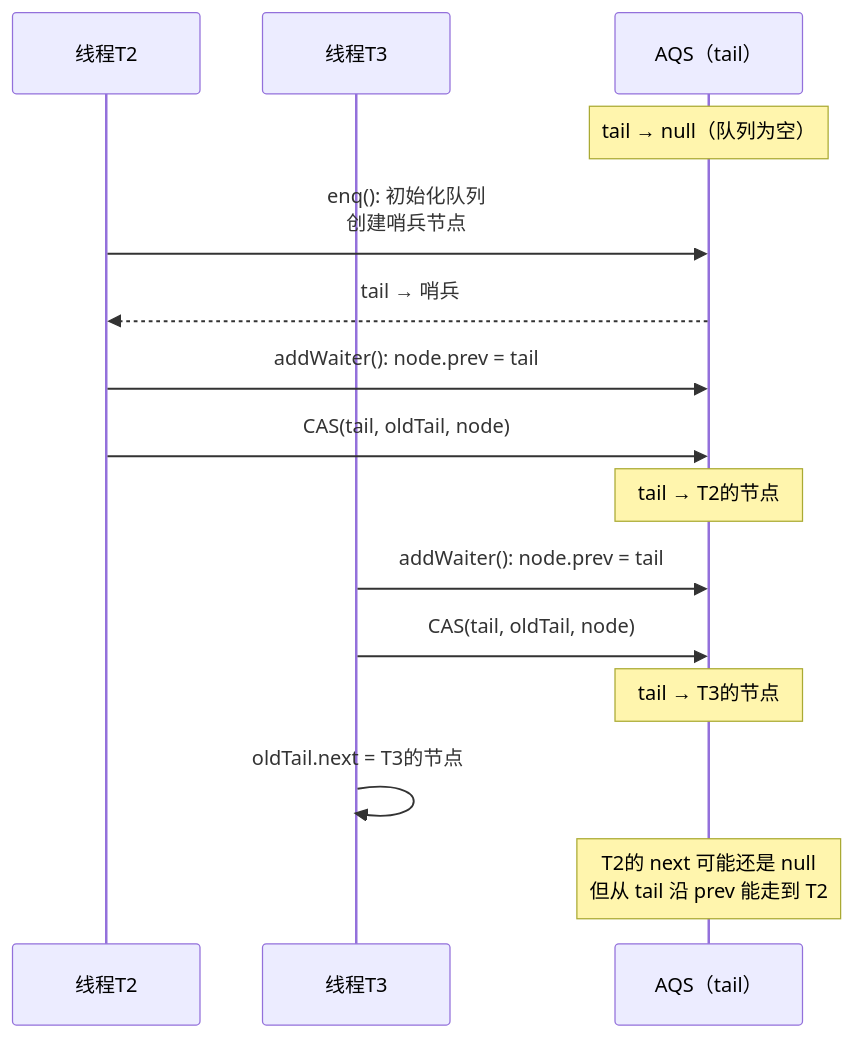
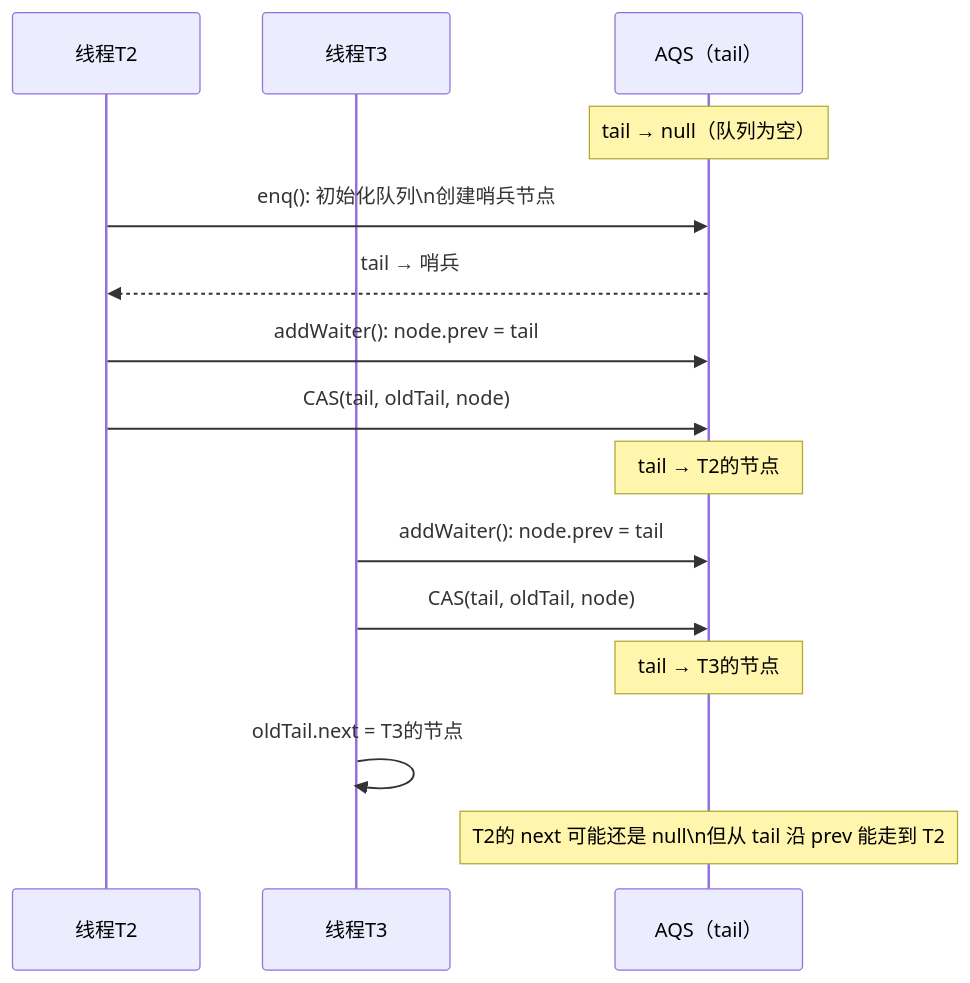
Before and after one commit to yaocat55/yaocat55.github.io: the fourth of 11 diagrams in content/posts/concurrency/AqsDeepAnalysis.md, drawn with Mermaid. The commit also changed other lines of this file and 155 other files, not shown here.

````diff
--- a/content/posts/concurrency/AqsDeepAnalysis.md
+++ b/content/posts/concurrency/AqsDeepAnalysis.md
@@ -175,21 +196,21 @@
 ```mermaid
 sequenceDiagram
     participant T2 as 线程T2
     participant T3 as 线程T3
     participant AQS as AQS（tail）
 
     Note over AQS: tail → null（队列为空）
 
-    T2->>AQS: enq(): 初始化队列<br/>创建哨兵节点
+    T2->>AQS: enq(): 初始化队列\n创建哨兵节点
     AQS-->>T2: tail → 哨兵
     T2->>AQS: addWaiter(): node.prev = tail
     T2->>AQS: CAS(tail, oldTail, node)
     Note over AQS: tail → T2的节点
 
     T3->>AQS: addWaiter(): node.prev = tail
     T3->>AQS: CAS(tail, oldTail, node)
     Note over AQS: tail → T3的节点
     T3->>T3: oldTail.next = T3的节点
 
-    Note over AQS: T2的 next 可能还是 null<br/>但从 tail 沿 prev 能走到 T2
+    Note over AQS: T2的 next 可能还是 null\n但从 tail 沿 prev 能走到 T2
 ```
````
